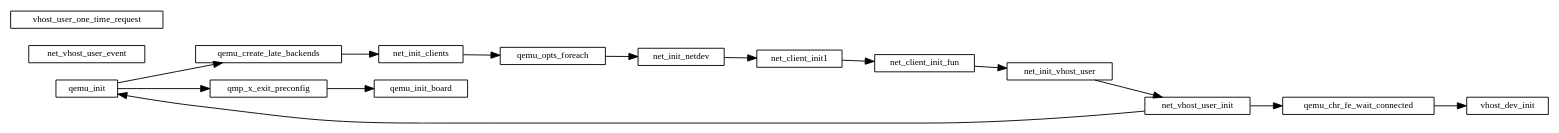
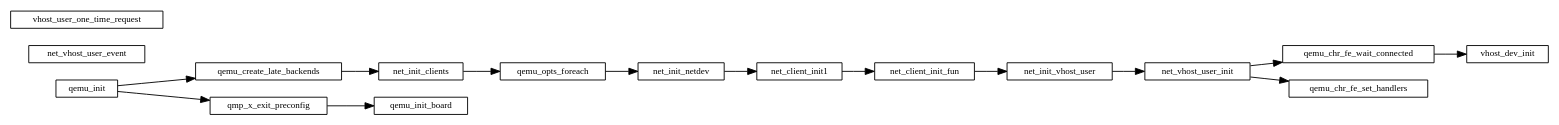
Before and after one commit to sisyphus1212/note: the diagram in qemu/qemu初始化.md, drawn with Graphviz.

Commit message:
auto_update

````diff
--- a/qemu/qemu初始化.md
+++ b/qemu/qemu初始化.md
@@ -11,31 +11,31 @@
 ```graphviz
 digraph {
     fontname="Helvetica,Arial,sans-serif"
     //node [fontname="Helvetica,Arial,sans-serif"]
     //edge [fontname="Helvetica,Arial,sans-serif"]
     rankdir="LR"
     node [fontsize=10, shape=record, height=0.25]
     edge [fontsize=10]
 
     qemu_init -> qemu_create_late_backends
               -> net_init_clients
               -> qemu_opts_foreach
               -> net_init_netdev
               -> net_client_init1
               -> net_client_init_fun
               -> net_init_vhost_user
               -> net_vhost_user_init
               -> qemu_chr_fe_wait_connected
               -> vhost_dev_init
-    net_vhost_user_init ->
+    net_vhost_user_init -> qemu_chr_fe_set_handlers
 
 
     qemu_init -> qmp_x_exit_preconfig -> qemu_init_board // 初始化cpu 内存
 
     vhost_dev_init
 
     net_vhost_user_event
 
     vhost_user_one_time_request
 }
 ```
````
